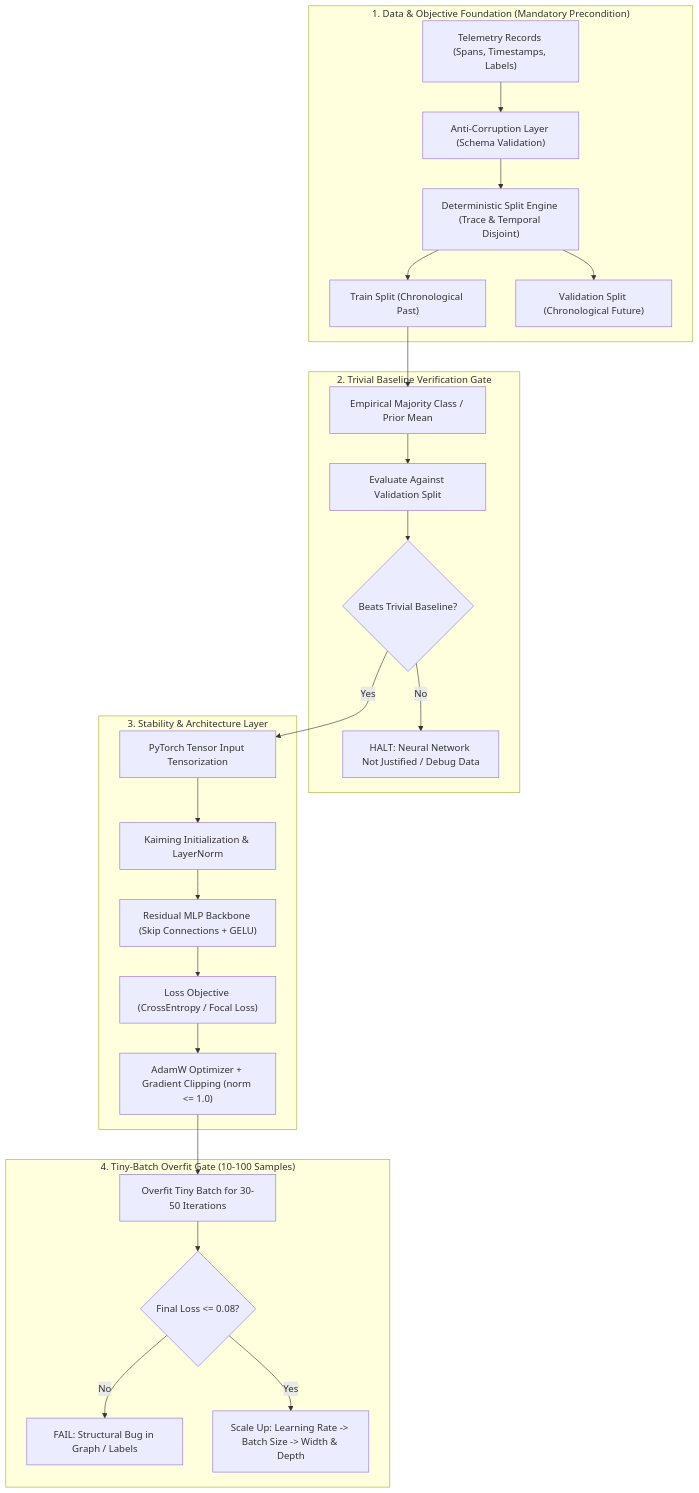
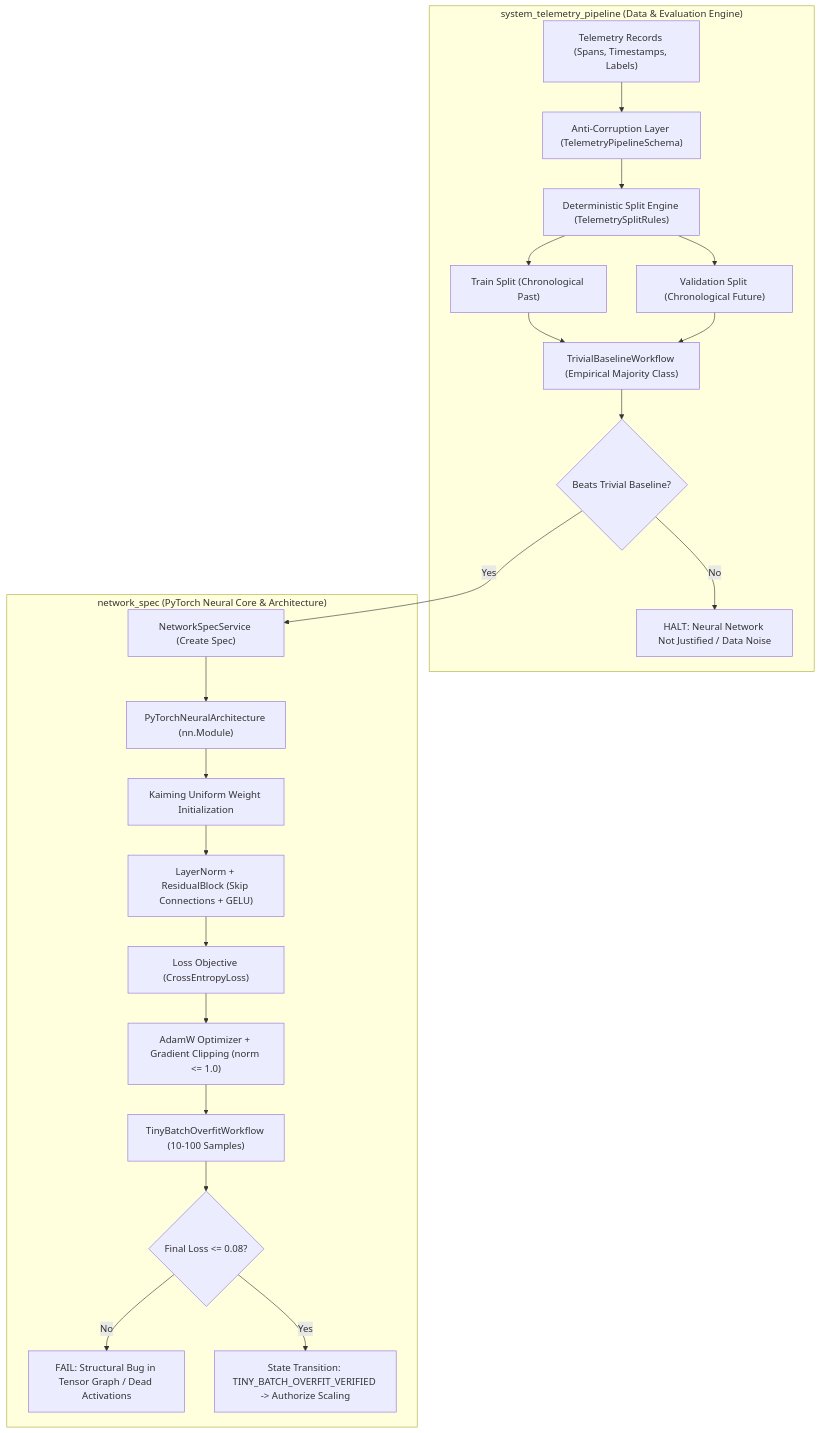
One commit to Chief-Strategist-J/llm-obs-neural-network-design changed the second of 4 diagrams in adr/0001-distributed-systems-telemetry-pipeline-and-baselines.md. Above: the diagram before and after it, drawn with Mermaid. The commit also changed other lines of this file, not shown here.

Commit message:
docs(adr): update ADR-0001 with detailed mathematical formulas, PyTorch residual architecture, and consolidated feature flow

````diff
--- a/adr/0001-distributed-systems-telemetry-pipeline-and-baselines.md
+++ b/adr/0001-distributed-systems-telemetry-pipeline-and-baselines.md
@@ -77,31 +82,26 @@
 ```mermaid
 flowchart TD
-    subgraph Data Layer ["1. Data & Objective Foundation (Mandatory Precondition)"]
-        A["Telemetry Records (Spans, Timestamps, Labels)"] --> B["Anti-Corruption Layer (Schema Validation)"]
-        B --> C["Deterministic Split Engine (Trace & Temporal Disjoint)"]
+    subgraph Feature 1: system_telemetry_pipeline ["system_telemetry_pipeline (Data & Evaluation Engine)"]
+        A["Telemetry Records (Spans, Timestamps, Labels)"] --> B["Anti-Corruption Layer (TelemetryPipelineSchema)"]
+        B --> C["Deterministic Split Engine (TelemetrySplitRules)"]
         C --> D["Train Split (Chronological Past)"]
         C --> E["Validation Split (Chronological Future)"]
+        D --> F["TrivialBaselineWorkflow (Empirical Majority Class)"]
+        E --> F
+        F --> G{"Beats Trivial Baseline?"}
+        G -- "No" --> H["HALT: Neural Network Not Justified / Data Noise"]
     end
 
-    subgraph Baseline Layer ["2. Trivial Baseline Verification Gate"]
-        D --> F["Empirical Majority Class / Prior Mean"]
-        F --> G["Evaluate Against Validation Split"]
-        G --> H{"Beats Trivial Baseline?"}
-        H -- "No" --> I["HALT: Neural Network Not Justified / Debug Data"]
-    end
-
-    subgraph Optimization Layer ["3. Stability & Architecture Layer"]
-        H -- "Yes" --> J["PyTorch Tensor Input Tensorization"]
-        J --> K["Kaiming Initialization & LayerNorm"]
-        K --> L["Residual MLP Backbone (Skip Connections + GELU)"]
-        L --> M["Loss Objective (CrossEntropy / Focal Loss)"]
+    subgraph Feature 2: network_spec ["network_spec (PyTorch Neural Core & Architecture)"]
+        G -- "Yes" --> I["NetworkSpecService (Create Spec)"]
+        I --> J["PyTorchNeuralArchitecture (nn.Module)"]
+        J --> K["Kaiming Uniform Weight Initialization"]
+        K --> L["LayerNorm + ResidualBlock (Skip Connections + GELU)"]
+        L --> M["Loss Objective (CrossEntropyLoss)"]
         M --> N["AdamW Optimizer + Gradient Clipping (norm <= 1.0)"]
-    end
-
-    subgraph Overfit Gate ["4. Tiny-Batch Overfit Gate (10-100 Samples)"]
-        N --> O["Overfit Tiny Batch for 30-50 Iterations"]
+        N --> O["TinyBatchOverfitWorkflow (10-100 Samples)"]
         O --> P{"Final Loss <= 0.08?"}
-        P -- "No" --> Q["FAIL: Structural Bug in Graph / Labels"]
-        P -- "Yes" --> R["Scale Up: Learning Rate -> Batch Size -> Width & Depth"]
+        P -- "No" --> Q["FAIL: Structural Bug in Tensor Graph / Dead Activations"]
+        P -- "Yes" --> R["State Transition: TINY_BATCH_OVERFIT_VERIFIED -> Authorize Scaling"]
     end
 ```
````
